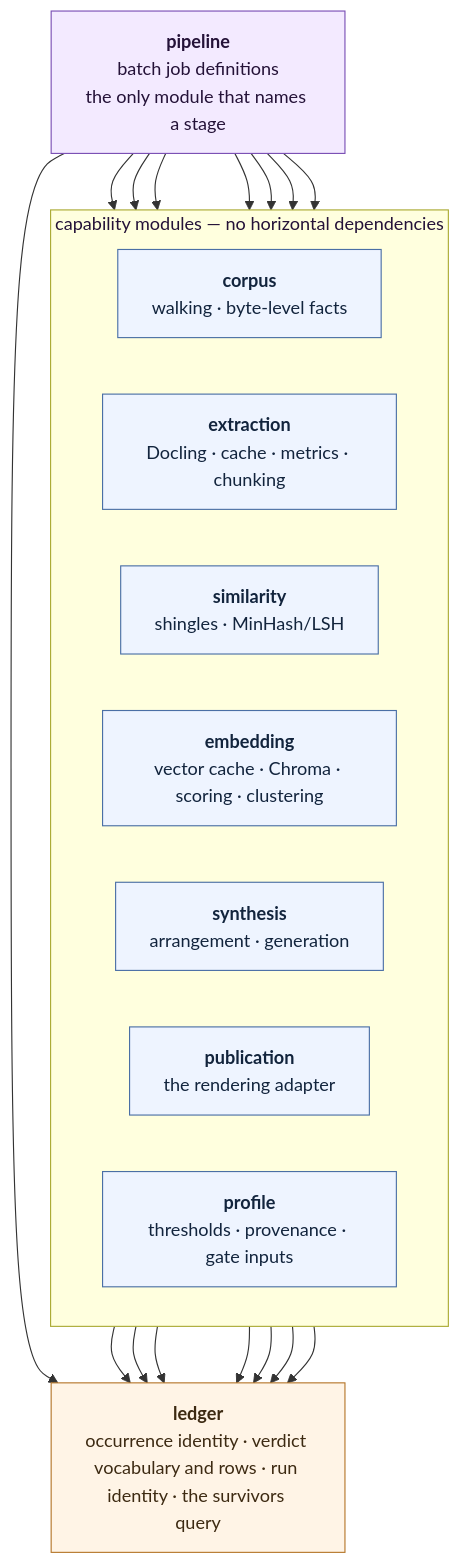
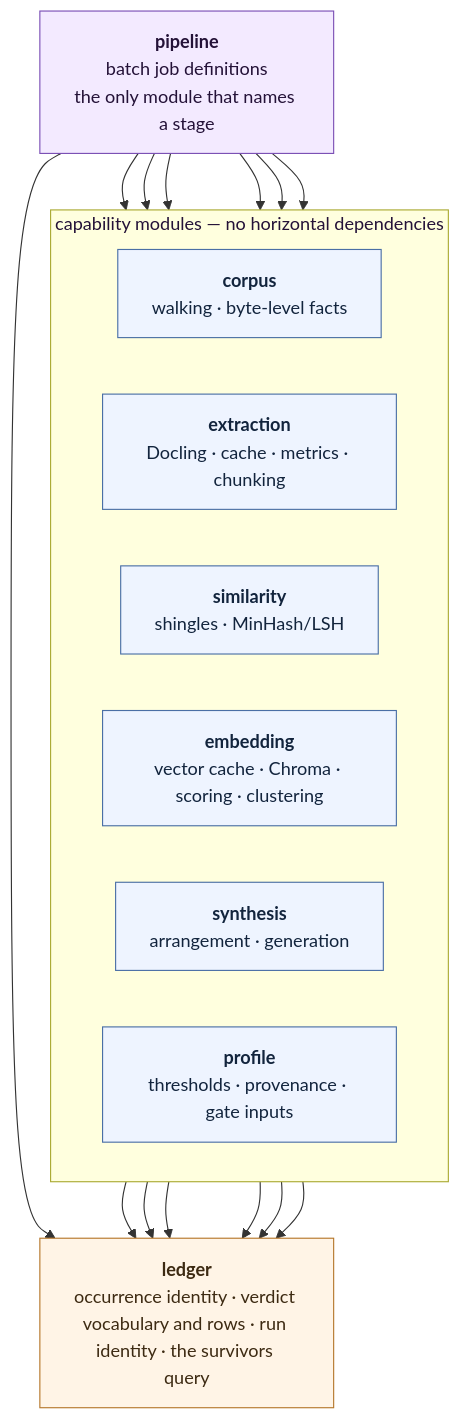
The fourth of 6 diagrams in docs/architecture.md (algernon28/vespera), drawn with Mermaid before and after one commit. The commit also changed other lines of this file and 12 other files, not shown here.

````diff
--- a/docs/architecture.md
+++ b/docs/architecture.md
@@ -189,41 +187,38 @@
 ```mermaid
 flowchart TD
     PIPELINE["<b>pipeline</b><br/>batch job definitions<br/>the only module that names a stage"]
 
     subgraph CAPABILITIES["capability modules — no horizontal dependencies"]
         direction LR
         CORPUS["<b>corpus</b><br/>walking · byte-level facts"]
         EXTRACTION["<b>extraction</b><br/>Docling · cache · metrics · chunking"]
         SIMILARITY["<b>similarity</b><br/>shingles · MinHash/LSH"]
         EMBEDDING["<b>embedding</b><br/>vector cache · Chroma · scoring · clustering"]
         SYNTHESIS["<b>synthesis</b><br/>arrangement · generation"]
-        PUBLICATION["<b>publication</b><br/>the rendering adapter"]
         PROFILE["<b>profile</b><br/>thresholds · provenance · gate inputs"]
     end
 
     LEDGER["<b>ledger</b><br/>occurrence identity · verdict vocabulary and rows · run identity · the survivors query"]
 
     PIPELINE --> CORPUS
     PIPELINE --> EXTRACTION
     PIPELINE --> SIMILARITY
     PIPELINE --> EMBEDDING
     PIPELINE --> SYNTHESIS
-    PIPELINE --> PUBLICATION
     PIPELINE --> PROFILE
     PIPELINE --> LEDGER
 
     CORPUS --> LEDGER
     EXTRACTION --> LEDGER
     SIMILARITY --> LEDGER
     EMBEDDING --> LEDGER
     SYNTHESIS --> LEDGER
-    PUBLICATION --> LEDGER
     PROFILE --> LEDGER
 
     classDef root fill:#f3eaff,stroke:#7a4fb5,color:#241238
     classDef cap fill:#eef4ff,stroke:#4a6fa5,color:#12243d
     classDef core fill:#fff4e6,stroke:#b5762a,color:#3d2a12
     class PIPELINE root
-    class CORPUS,EXTRACTION,SIMILARITY,EMBEDDING,SYNTHESIS,PUBLICATION,PROFILE cap
+    class CORPUS,EXTRACTION,SIMILARITY,EMBEDDING,SYNTHESIS,PROFILE cap
     class LEDGER core
 ```
````
